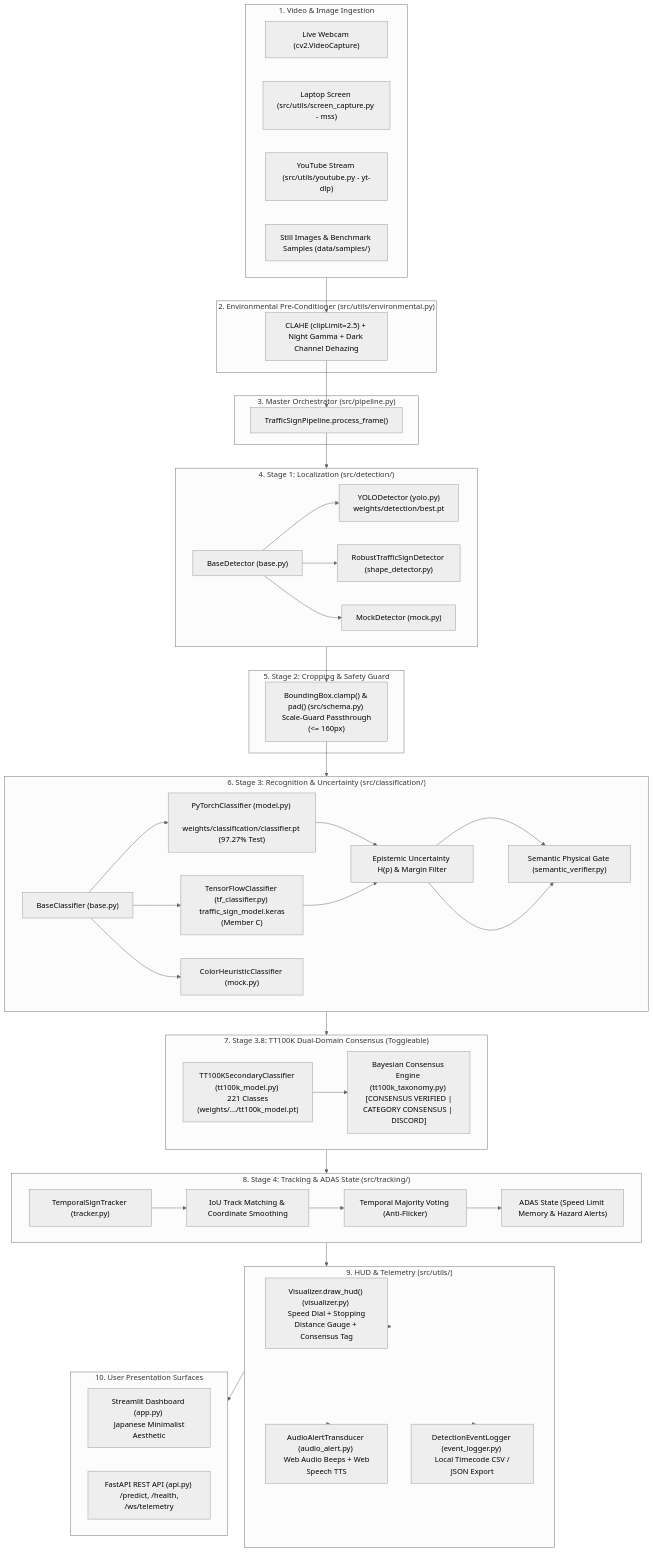
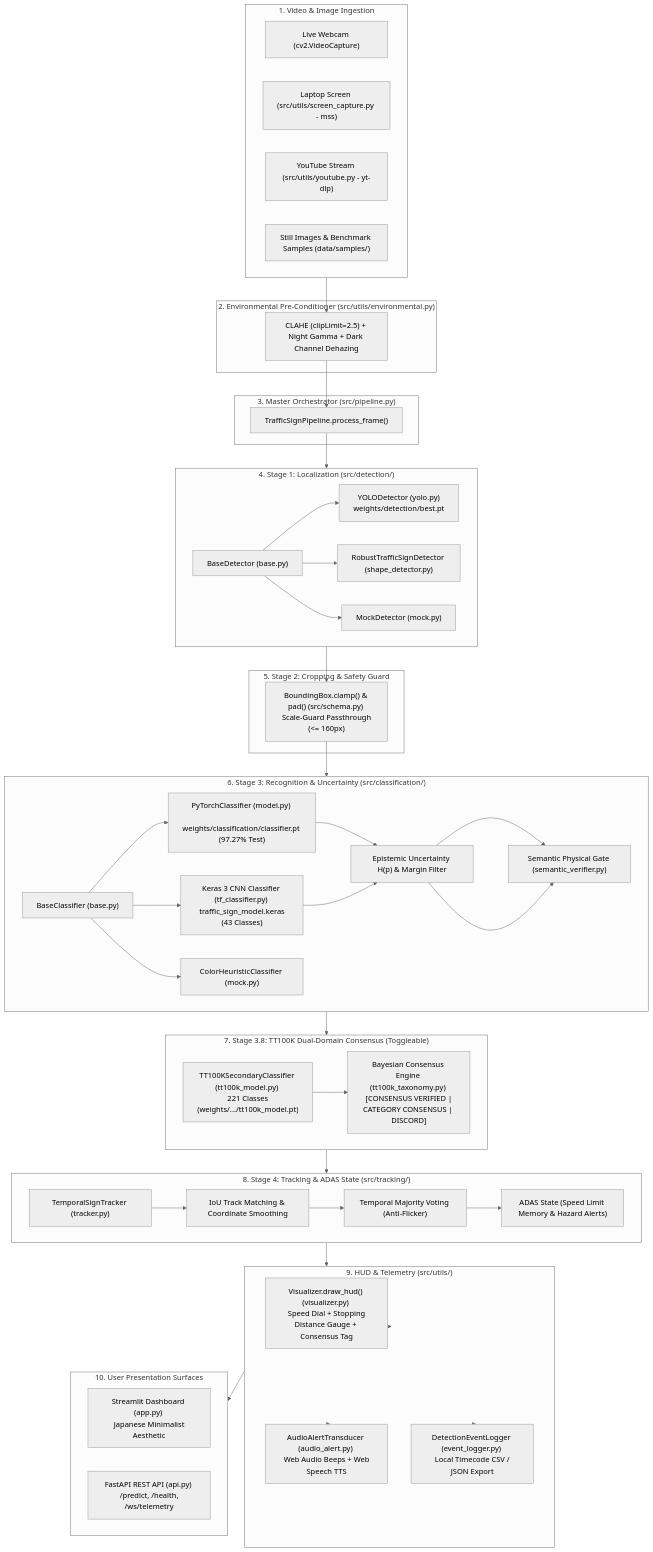
Before and after one commit to SOMBUDDHAASH/Road-Signal-Detect: the diagram in README.md, drawn with Mermaid (neutral theme). The commit also changed other lines of this file and 13 other files, not shown here.

Commit message:
docs: modernize all READMEs and architecture specs for enterprise presentation and external evaluators

````diff
--- a/README.md
+++ b/README.md
@@ -56,82 +57,82 @@
 ```mermaid
 flowchart TD
     subgraph Inputs ["1. Video & Image Ingestion"]
         Inp1["Live Webcam (cv2.VideoCapture)"]
         Inp2["Laptop Screen (src/utils/screen_capture.py - mss)"]
         Inp3["YouTube Stream (src/utils/youtube.py - yt-dlp)"]
         Inp4["Still Images & Benchmark Samples (data/samples/)"]
     end
 
     subgraph Conditioning ["2. Environmental Pre-Conditioner (src/utils/environmental.py)"]
         Env["CLAHE (clipLimit=2.5) + Night Gamma + Dark Channel Dehazing"]
     end
 
     subgraph Pipeline ["3. Master Orchestrator (src/pipeline.py)"]
         Core["TrafficSignPipeline.process_frame()"]
     end
 
     subgraph DetectionStage ["4. Stage 1: Localization (src/detection/)"]
         BaseDet["BaseDetector (base.py)"]
         YoloDet["YOLODetector (yolo.py) \n weights/detection/best.pt"]
         ShapeDet["RobustTrafficSignDetector (shape_detector.py)"]
         MockDet["MockDetector (mock.py)"]
         BaseDet --> YoloDet
         BaseDet --> ShapeDet
         BaseDet --> MockDet
     end
 
     subgraph Cropping ["5. Stage 2: Cropping & Safety Guard"]
         CropOps["BoundingBox.clamp() & pad() (src/schema.py) \n Scale-Guard Passthrough (<= 160px)"]
     end
 
     subgraph ClassificationStage ["6. Stage 3: Recognition & Uncertainty (src/classification/)"]
         BaseCls["BaseClassifier (base.py)"]
         PyTorchCls["PyTorchClassifier (model.py) \n weights/classification/classifier.pt (97.27% Test)"]
-        TFCls["TensorFlowClassifier (tf_classifier.py) \n traffic_sign_model.keras (Member C)"]
+        TFCls["Keras 3 CNN Classifier (tf_classifier.py) \n traffic_sign_model.keras (43 Classes)"]
         HeurCls["ColorHeuristicClassifier (mock.py)"]
         Uncert["Epistemic Uncertainty H(p) & Margin Filter"]
         Semantic["Semantic Physical Gate (semantic_verifier.py)"]
         BaseCls --> PyTorchCls
         BaseCls --> TFCls
         BaseCls --> HeurCls
         PyTorchCls --> Uncert --> Semantic
         TFCls --> Uncert --> Semantic
     end
 
     subgraph ConsensusStage ["7. Stage 3.8: TT100K Dual-Domain Consensus (Toggleable)"]
         TT100K["TT100KSecondaryClassifier (tt100k_model.py) \n 221 Classes (weights/.../tt100k_model.pt)"]
         BayesConsensus["Bayesian Consensus Engine (tt100k_taxonomy.py) \n [CONSENSUS VERIFIED | CATEGORY CONSENSUS | DISCORD]"]
         TT100K --> BayesConsensus
     end
 
     subgraph TrackingStage ["8. Stage 4: Tracking & ADAS State (src/tracking/)"]
         Tracker["TemporalSignTracker (tracker.py)"]
         IoUMatch["IoU Track Matching & Coordinate Smoothing"]
         MajVote["Temporal Majority Voting (Anti-Flicker)"]
         ADAS["ADAS State (Speed Limit Memory & Hazard Alerts)"]
         Tracker --> IoUMatch --> MajVote --> ADAS
     end
 
     subgraph VisualStage ["9. HUD & Telemetry (src/utils/)"]
         HUD["Visualizer.draw_hud() (visualizer.py) \n Speed Dial + Stopping Distance Gauge + Consensus Tag"]
         Audio["AudioAlertTransducer (audio_alert.py) \n Web Audio Beeps + Web Speech TTS"]
         Logger["DetectionEventLogger (event_logger.py) \n Local Timecode CSV / JSON Export"]
     end
 
     subgraph Presentation ["10. User Presentation Surfaces"]
         AppUI["Streamlit Dashboard (app.py) \n Japanese Minimalist Aesthetic"]
         FastAPI["FastAPI REST API (api.py) \n /predict, /health, /ws/telemetry"]
     end
 
     Inputs --> Env --> Core
     Core --> DetectionStage
     DetectionStage --> CropOps
     CropOps --> ClassificationStage
     ClassificationStage --> ConsensusStage
     ConsensusStage --> TrackingStage
     TrackingStage --> VisualStage
     VisualStage --> Audio
     VisualStage --> HUD
     VisualStage --> Logger
     VisualStage --> Presentation
 ```
````
